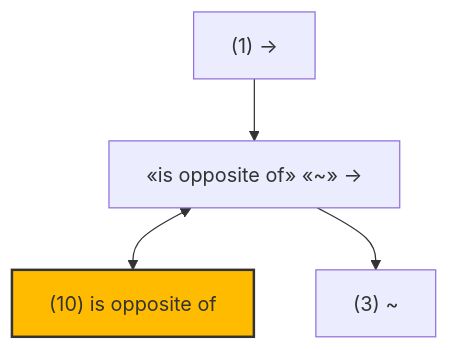
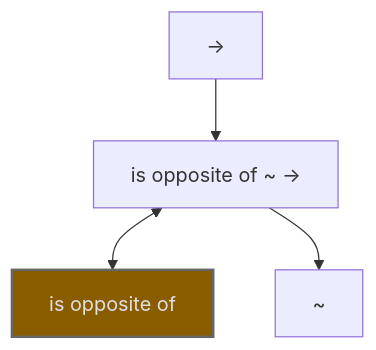
One commit to acrion/zelph changed the second of 3 diagrams in mkdocs/docs/index.md. Above: the diagram before and after it, drawn with Mermaid. The commit also changed other lines of this file and 13 other files, not shown here.

First line of the commit message:
Use 64-bit Node everywhere, harden Mermaid, and ship the math stack

````diff
--- a/mkdocs/docs/index.md
+++ b/mkdocs/docs/index.md
@@ -492,11 +492,11 @@
 ```mermaid
 graph TD
-    n_3["(3) ~"]
-    n_1["(1) ->"]
-    n_5688216769861436680["«is opposite of» «~» ->"]
-    n_10["(10) is opposite of"]
-    style n_10 fill:#FFBB00,stroke:#333,stroke-width:2px
+    n_3["~"]
+    n_1["->"]
+    n_5688216769861436680["is opposite of ~ ->"]
+    n_10["is opposite of"]
+    style n_10 fill:#8a5c00,stroke:#666666,stroke-width:2px,color:#e0e0e0
     n_5688216769861436680 <--> n_10
     n_1 --> n_5688216769861436680
     n_5688216769861436680 --> n_3
 ```
````
